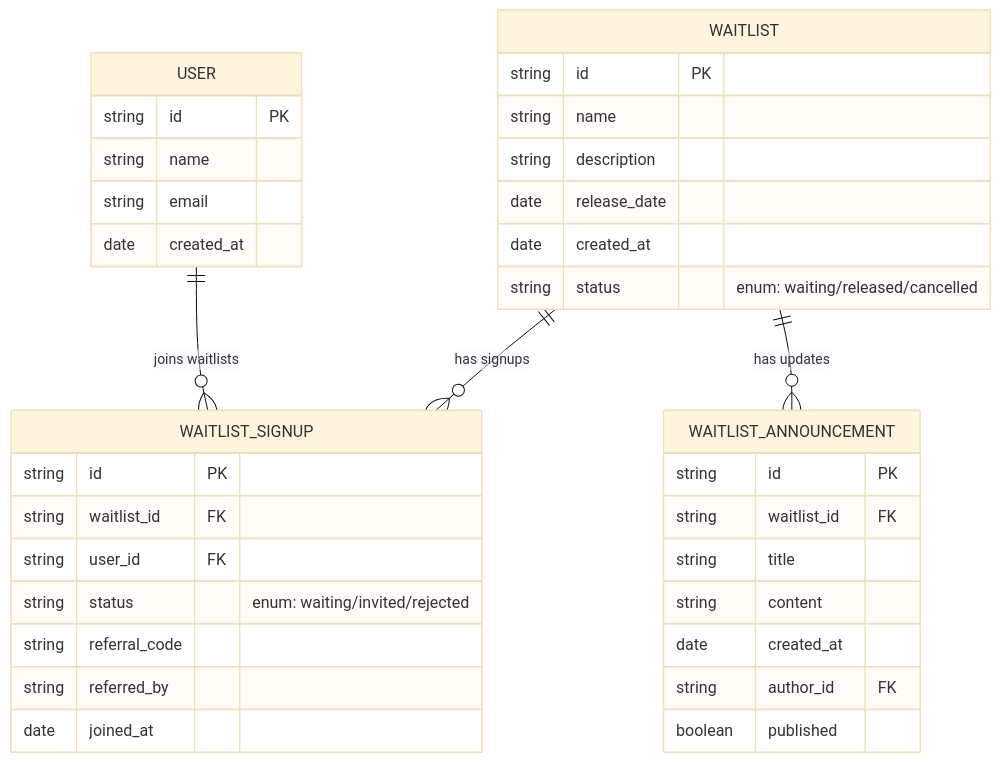
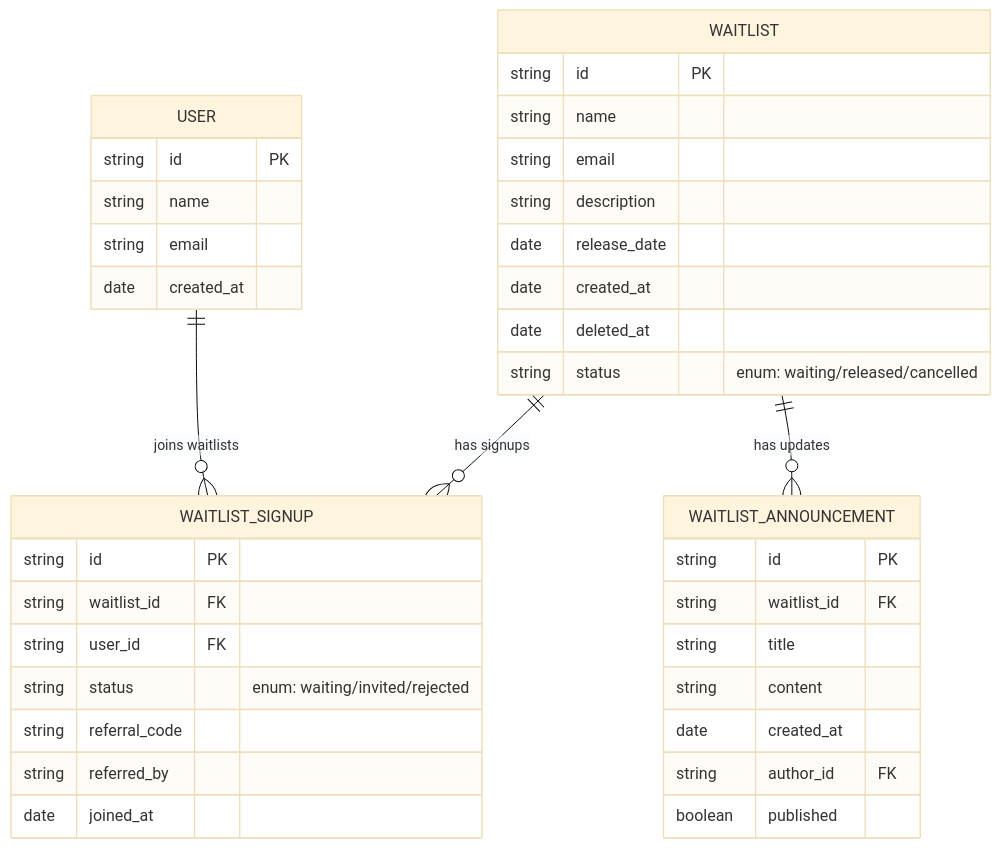
Before and after one commit to thezetrax/waitlist-sass-services: the diagram in docs/erdiagram.mermaid, drawn with Mermaid (base theme). The commit also changed 11 other files, not shown here.

```diff
--- a/docs/erdiagram.mermaid
+++ b/docs/erdiagram.mermaid
@@ -1,39 +1,41 @@
 %% This is an ER diagram for the Waitlist API
 
 erDiagram
     WAITLIST {
         string id PK
         string name
+        string email
         string description
         date   release_date
         date   created_at
+        date   deleted_at
         string status "enum: waiting/released/cancelled"
     }
     USER {
         string id PK
         string name
         string email
         date   created_at
     }
     WAITLIST_SIGNUP {
         string id PK
         string waitlist_id FK
         string user_id FK
         string status "enum: waiting/invited/rejected"
         string referral_code
         string referred_by
         date   joined_at
     }
     WAITLIST_ANNOUNCEMENT {
         string id PK
         string waitlist_id FK
         string title
         string content
         date   created_at
         string author_id FK
         boolean published
     }
 
     WAITLIST ||--o{ WAITLIST_SIGNUP : "has signups"
     WAITLIST ||--o{ WAITLIST_ANNOUNCEMENT : "has updates"
     USER ||--o{ WAITLIST_SIGNUP : "joins waitlists"
```
